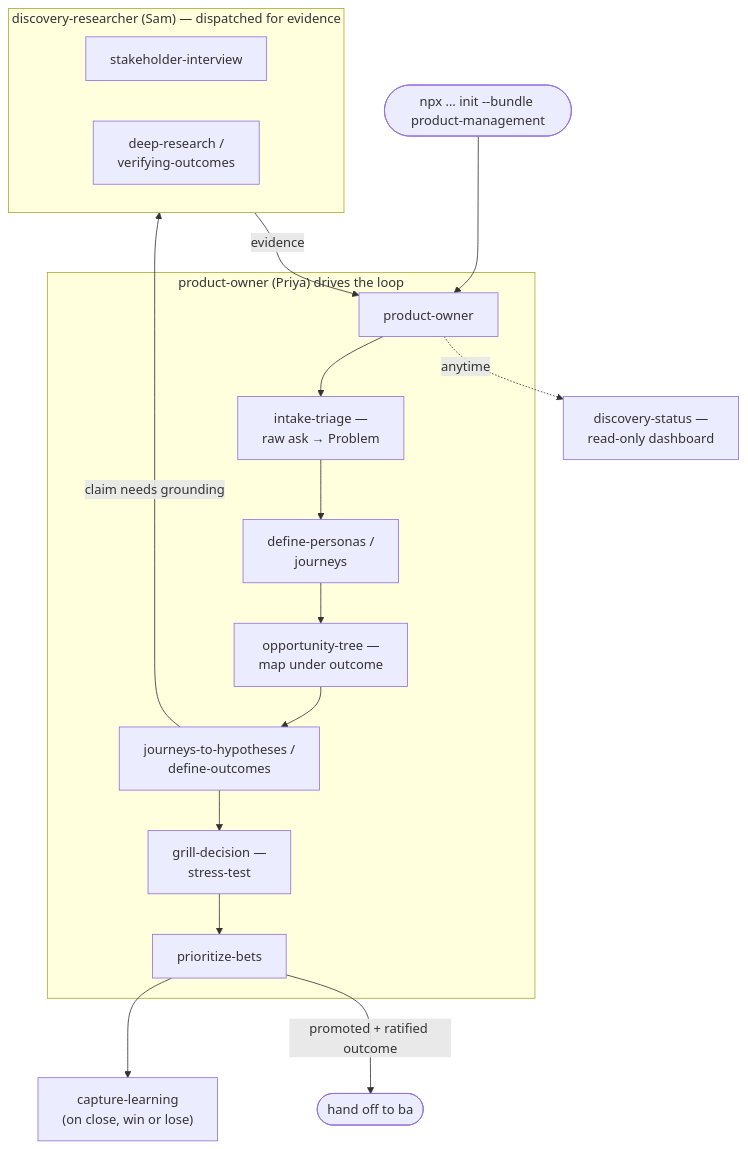
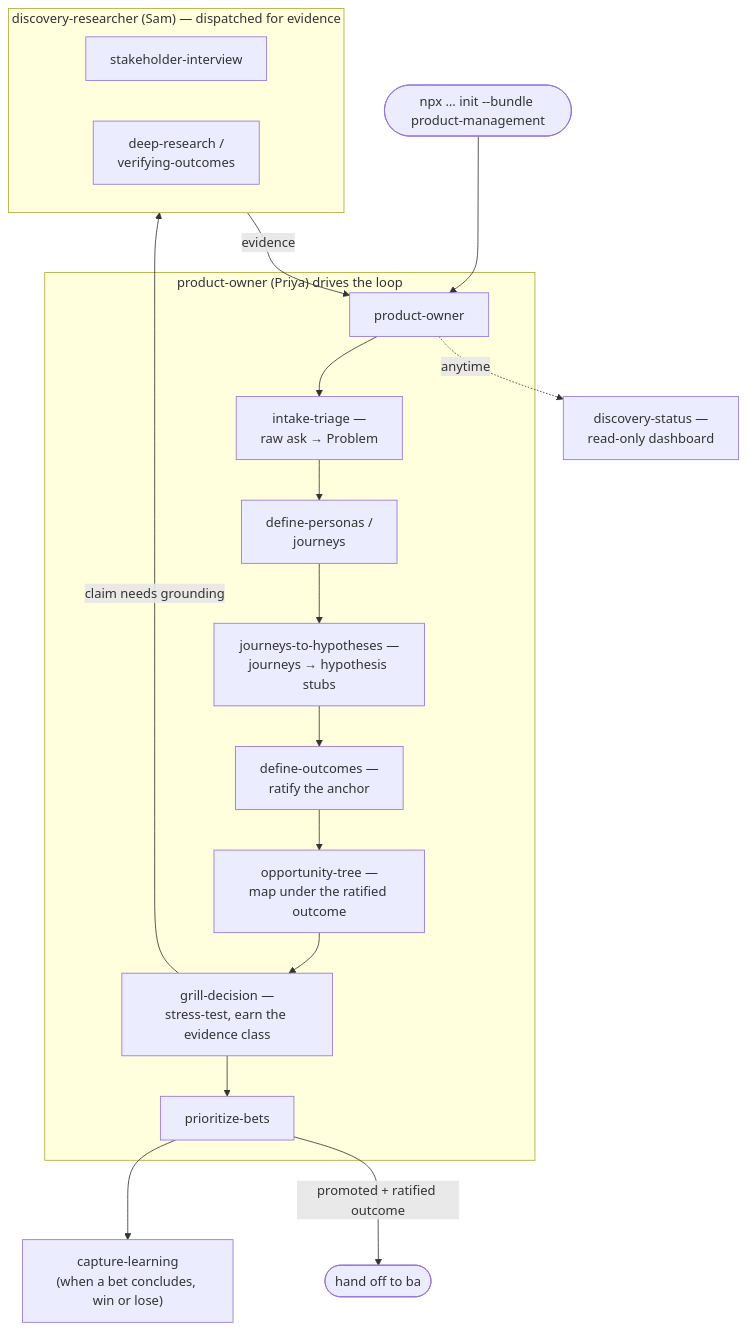
One commit to arozumenko/sdlc-skills changed the diagram in bundles/product-management/README.md. Above: the diagram before and after it, drawn with Mermaid. The commit also changed 2 other files, not shown here.

First paragraph of the commit message:
fix(product-management): converge the pipeline order on one canonical sequence
The bundle described its own pipeline in several places and no two
agreed:

````diff
--- a/bundles/product-management/README.md
+++ b/bundles/product-management/README.md
@@ -45,28 +45,29 @@
 ```mermaid
 flowchart TD
     install(["npx … init --bundle product-management"]) --> po
 
     subgraph loop["product-owner (Priya) drives the loop"]
         po["product-owner"]
         intake["intake-triage —<br/>raw ask → Problem"]
         personas["define-personas /<br/>journeys"]
-        tree["opportunity-tree —<br/>map under outcome"]
-        hyp["journeys-to-hypotheses /<br/>define-outcomes"]
-        grill["grill-decision —<br/>stress-test"]
+        hyp["journeys-to-hypotheses —<br/>journeys → hypothesis stubs"]
+        anchor["define-outcomes —<br/>ratify the anchor"]
+        tree["opportunity-tree —<br/>map under the ratified outcome"]
+        grill["grill-decision —<br/>stress-test, earn the evidence class"]
         rank["prioritize-bets"]
-        po --> intake --> personas --> tree --> hyp --> grill --> rank
+        po --> intake --> personas --> hyp --> anchor --> tree --> grill --> rank
     end
 
     subgraph research["discovery-researcher (Sam) — dispatched for evidence"]
         interview["stakeholder-interview"]
         deep["deep-research /<br/>verifying-outcomes"]
     end
 
-    hyp -->|"claim needs grounding"| research
+    grill -->|"claim needs grounding"| research
     research -->|"evidence"| po
 
-    rank --> learn["capture-learning<br/>(on close, win or lose)"]
+    rank --> learn["capture-learning<br/>(when a bet concludes, win or lose)"]
     po -.->|"anytime"| status["discovery-status —<br/>read-only dashboard"]
 
     rank -->|"promoted + ratified outcome"| ba(["hand off to ba"])
 ```
````
